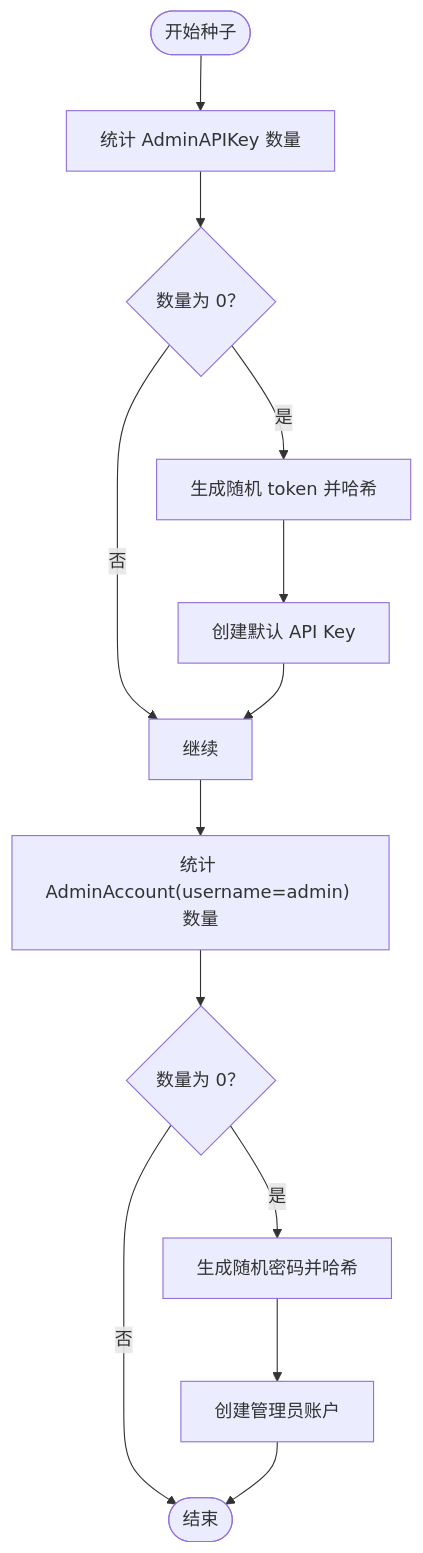
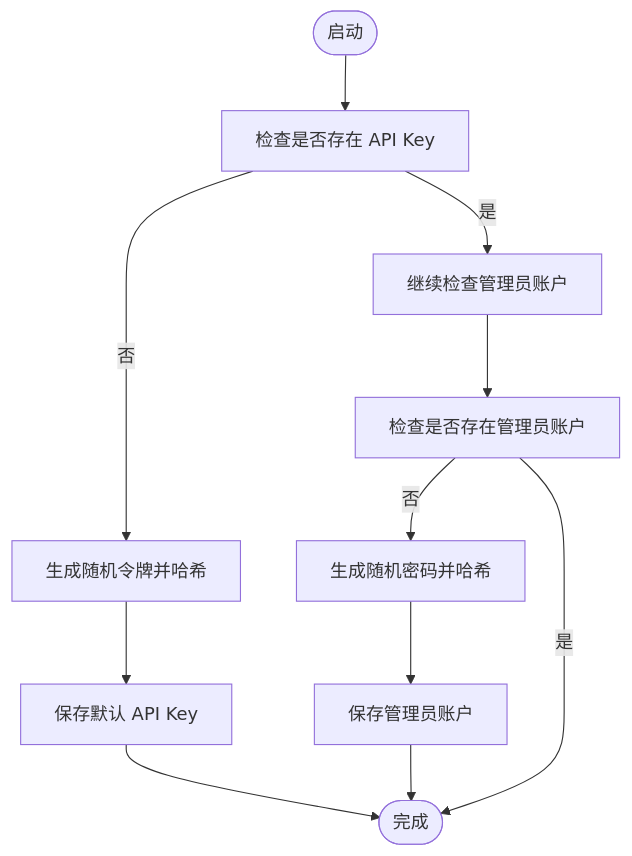
Before and after one commit to x01n/My-OpenWaf: the fifth of 7 diagrams in docs/数据存储层/数据迁移管理.md, drawn with Mermaid. The commit also changed other lines of this file and 199 other files, not shown here.

````diff
--- a/docs/数据存储层/数据迁移管理.md
+++ b/docs/数据存储层/数据迁移管理.md
@@ -205,15 +229,13 @@
 ```mermaid
 flowchart TD
-Start(["开始种子"]) --> CountAK["统计 AdminAPIKey 数量"]
-CountAK --> AKZero{"数量为 0？"}
-AKZero --> |是| GenToken["生成随机 token 并哈希"]
-GenToken --> CreateAK["创建默认 API Key"]
-AKZero --> |否| Next["继续"]
-CreateAK --> Next
-Next --> CountAdmin["统计 AdminAccount(username=admin) 数量"]
-CountAdmin --> AdminZero{"数量为 0？"}
-AdminZero --> |是| GenPass["生成随机密码并哈希"]
-GenPass --> CreateAdmin["创建管理员账户"]
-AdminZero --> |否| Done(["结束"])
-CreateAdmin --> Done
+S(["启动"]) --> CheckAK["检查是否存在 API Key"]
+CheckAK --> |否| GenTok["生成随机令牌并哈希"]
+GenTok --> SaveAK["保存默认 API Key"]
+CheckAK --> |是| NextAcc["继续检查管理员账户"]
+NextAcc --> CheckAcc["检查是否存在管理员账户"]
+CheckAcc --> |否| GenPwd["生成随机密码并哈希"]
+GenPwd --> SaveAcc["保存管理员账户"]
+CheckAcc --> |是| Done(["完成"])
+SaveAK --> Done
+SaveAcc --> Done
 ```
````
